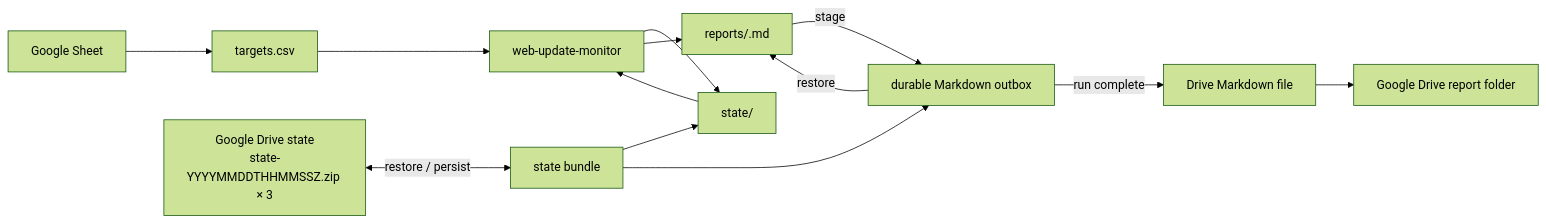
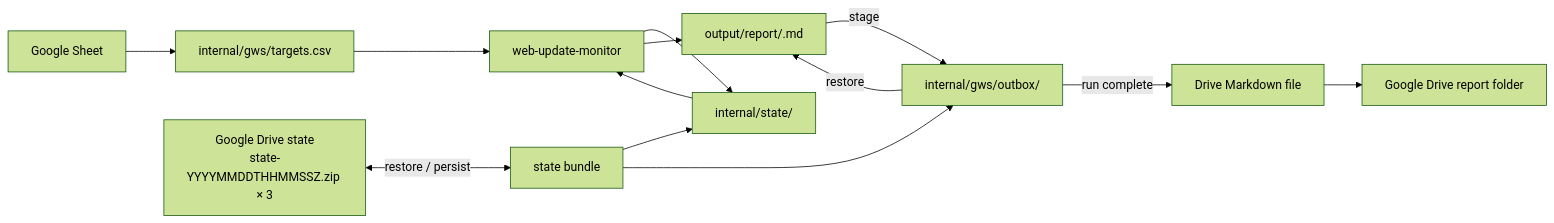
Before and after one commit to dceoy/wsum: the first of 2 diagrams in README.md, drawn with Mermaid (forest theme). The commit also changed other lines of this file, not shown here.

Commit message:
docs: document output and internal roots

````diff
--- a/README.md
+++ b/README.md
@@ -23,15 +23,15 @@
 ```mermaid
 flowchart LR
-    GS["Google Sheet"] --> CSV["targets.csv"]
+    GS["Google Sheet"] --> CSV["internal/gws/targets.csv"]
     DS["Google Drive state<br/>state-YYYYMMDDTHHMMSSZ.zip × 3"] <-->|restore / persist| BUNDLE["state bundle"]
-    BUNDLE --> STATE["state/"]
-    BUNDLE --> OUT["durable Markdown outbox"]
+    BUNDLE --> STATE["internal/state/"]
+    BUNDLE --> OUT["internal/gws/outbox/"]
     CSV --> CORE["web-update-monitor"]
     STATE --> CORE
     CORE --> STATE
-    CORE --> REPORT["reports/<run-id>.md"]
+    CORE --> REPORT["output/report/<run-id>.md"]
     OUT -->|restore| REPORT
     REPORT -->|stage| OUT
     OUT -->|run complete| GMD["Drive Markdown file"]
     GMD --> DR["Google Drive report folder"]
 ```
````
